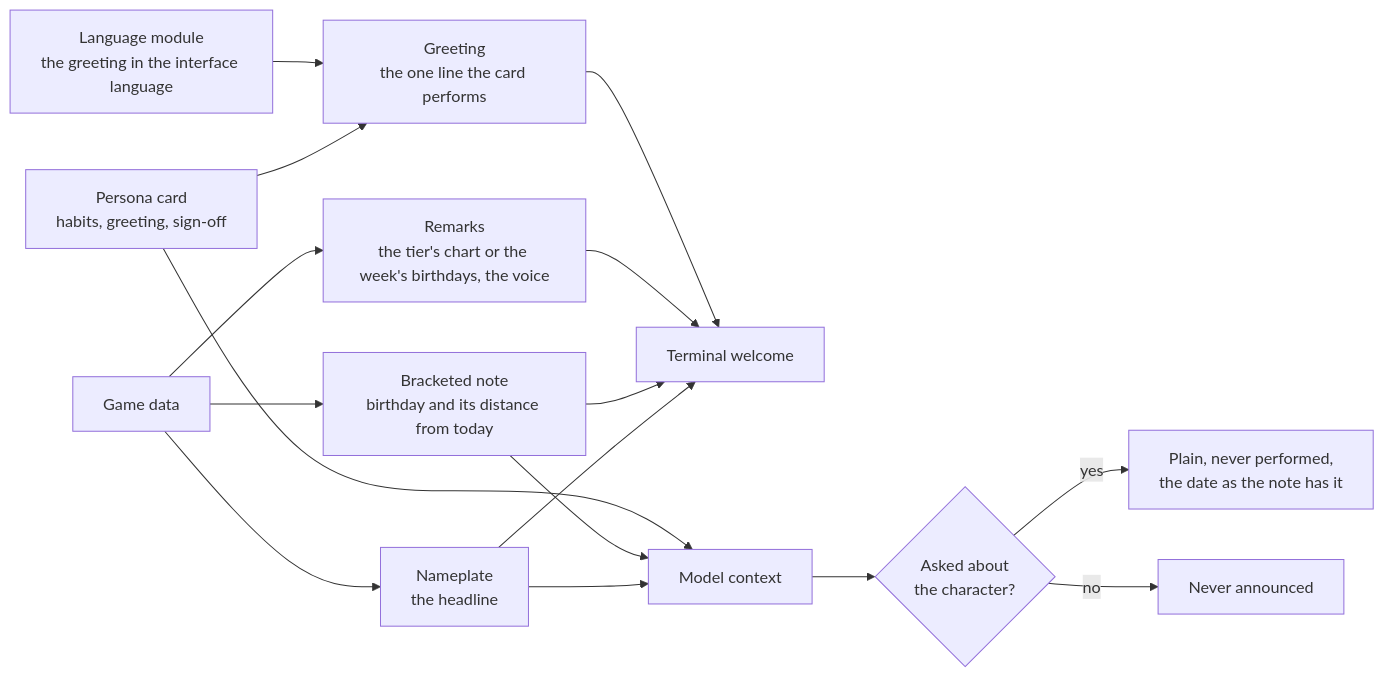
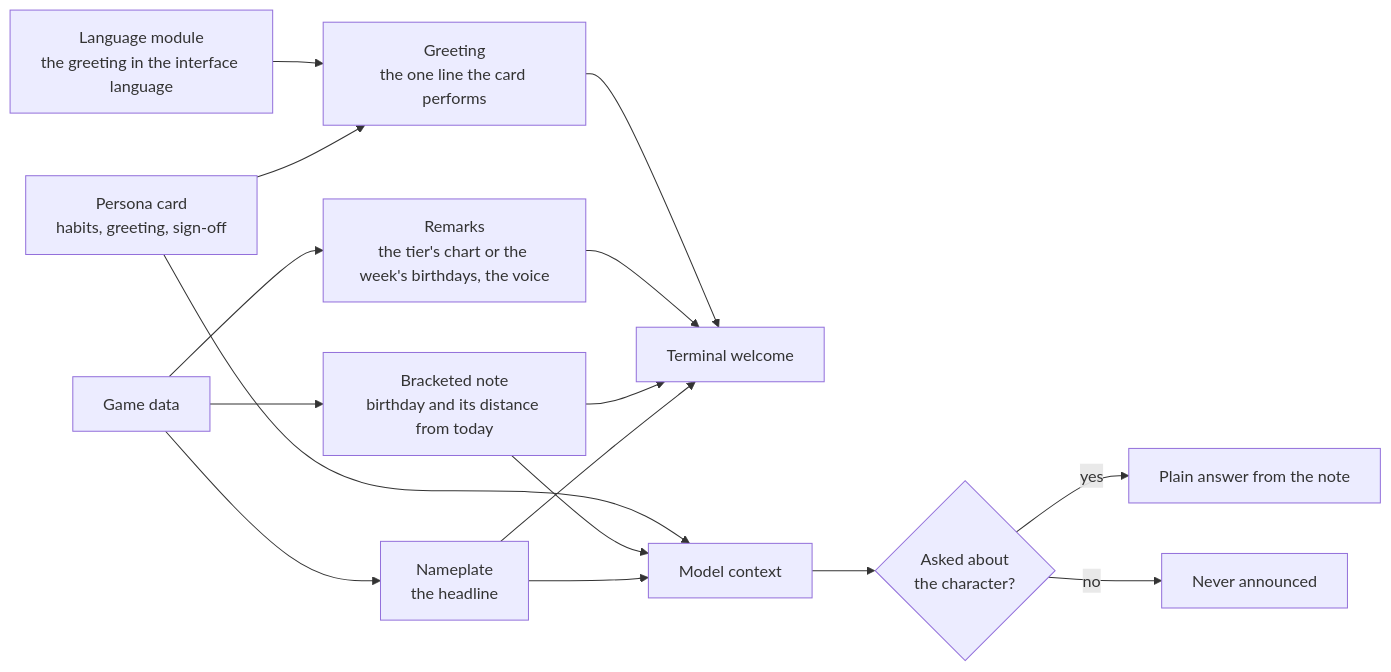
The diagram in openspec/specs/infra/claude-interface/persona-plugin/card/design.md (Esposter/Esposter), drawn with Mermaid before and after one commit. The commit also changed other lines of this file and 1 other file, not shown here.

````diff
--- a/openspec/specs/infra/claude-interface/persona-plugin/card/design.md
+++ b/openspec/specs/infra/claude-interface/persona-plugin/card/design.md
@@ -21,27 +21,27 @@
 ```mermaid
 flowchart LR
     Data["Game data"]
     PersonaCard["Persona card<br/>habits, greeting, sign-off"]
     Headline["Nameplate<br/>the headline"]
     Note["Bracketed note<br/>birthday and its distance from today"]
     Remarks["Remarks<br/>the tier's chart or the week's birthdays, the voice"]
     Language["Language module<br/>the greeting in the interface language"]
     Greeting["Greeting<br/>the one line the card performs"]
     Terminal["Terminal welcome"]
     Context["Model context"]
     Asked{Asked about<br/>the character?}
-    Answer["Plain, never performed,<br/>the date as the note has it"]
+    Answer["Plain answer from the note"]
     Silent["Never announced"]
 
     Data --> Headline --> Terminal
     Data --> Note --> Terminal
     Data --> Remarks --> Terminal
     PersonaCard --> Greeting --> Terminal
     Language --> Greeting
     Headline --> Context
     Note --> Context
     PersonaCard --> Context
     Context --> Asked
     Asked -- yes --> Answer
     Asked -- no --> Silent
 ```
````
